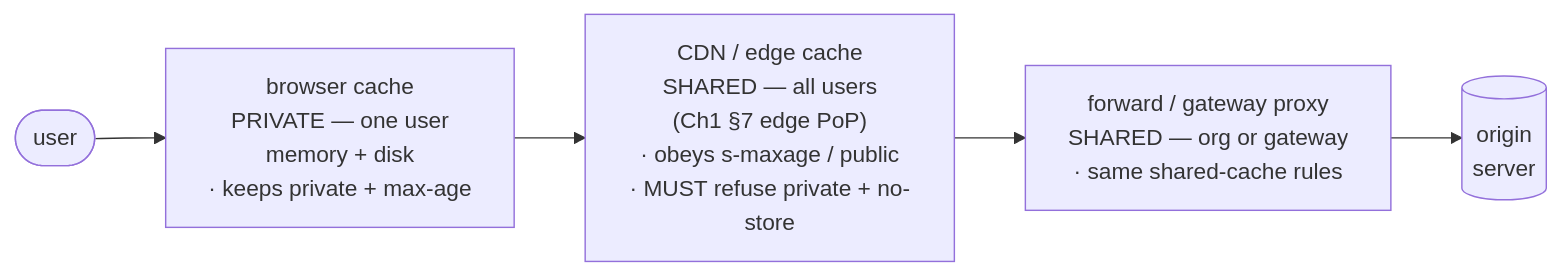
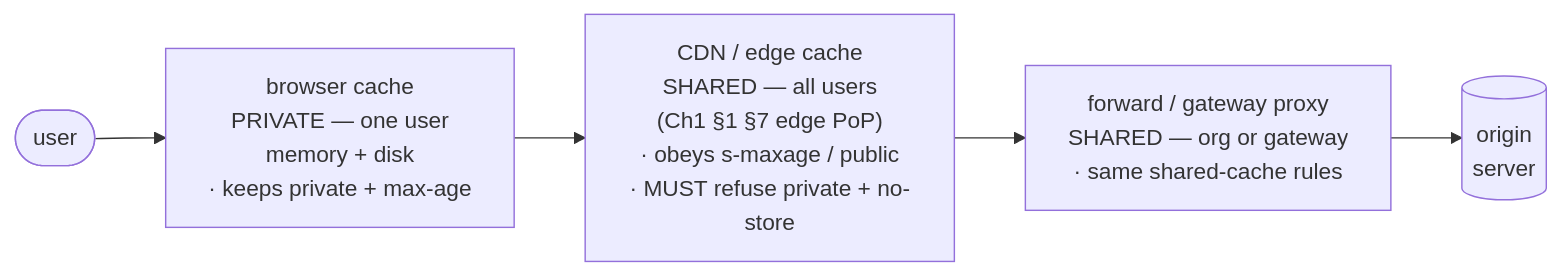
The second of 3 diagrams in courses/02-networking-and-web/02-http/02-caching-and-conditional-requests.md (ustcer1984/Computer-Science-Software-Engineering-for-AI-Engineer), drawn with Mermaid before and after one commit. The commit also changed other lines of this file and 19 other files, not shown here.

````diff
--- a/courses/02-networking-and-web/02-http/02-caching-and-conditional-requests.md
+++ b/courses/02-networking-and-web/02-http/02-caching-and-conditional-requests.md
@@ -363,7 +363,7 @@
 ```mermaid
 flowchart LR
     U(["user"]) --> B["browser cache<br/>PRIVATE — one user<br/>memory + disk<br/>· keeps private + max-age"]
-    B --> S["CDN / edge cache<br/>SHARED — all users<br/>(Ch1 §7 edge PoP)<br/>· obeys s-maxage / public<br/>· MUST refuse private + no-store"]
+    B --> S["CDN / edge cache<br/>SHARED — all users<br/>(Ch1 §1 §7 edge PoP)<br/>· obeys s-maxage / public<br/>· MUST refuse private + no-store"]
     S --> P["forward / gateway proxy<br/>SHARED — org or gateway<br/>· same shared-cache rules"]
     P --> O[("origin<br/>server")]
 ```
````
